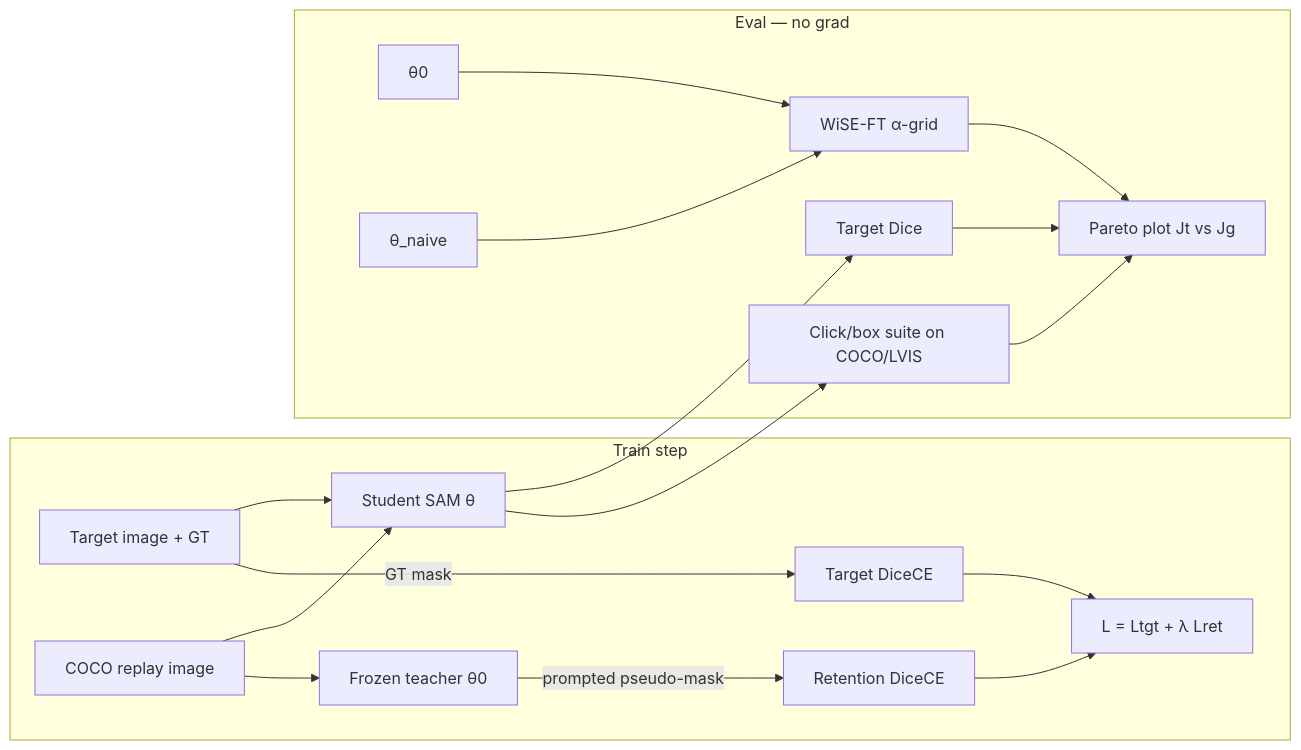
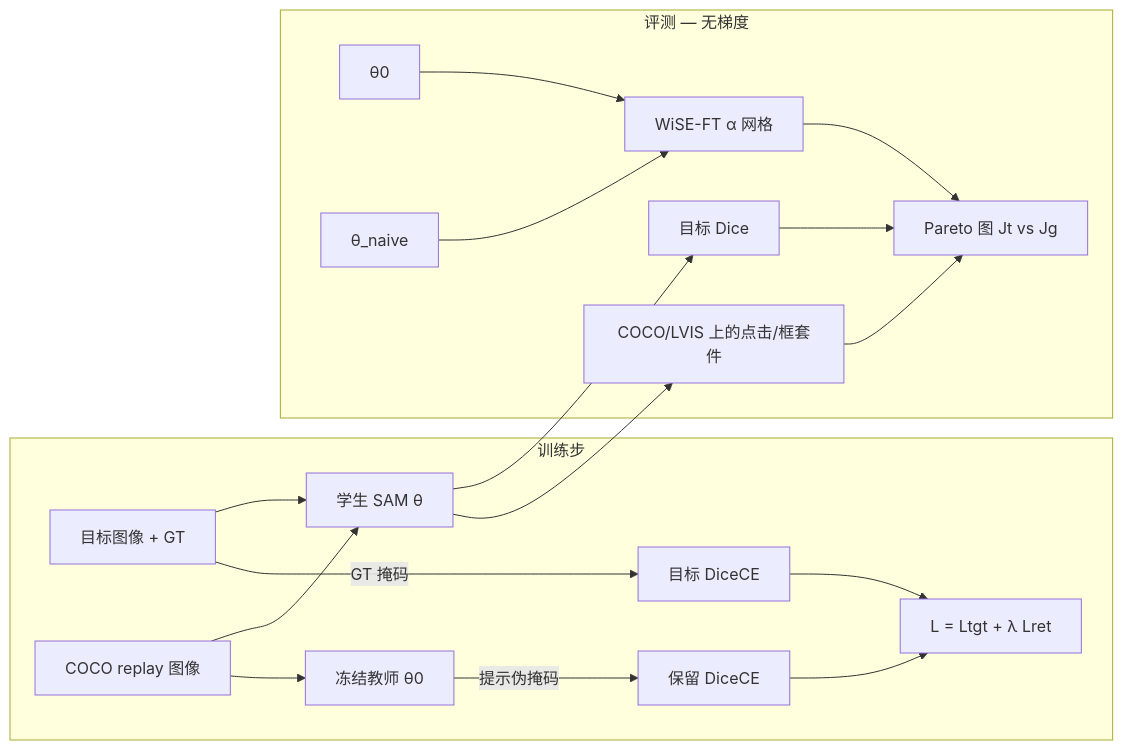
One commit to songkang688/idea changed the diagram in Windows1/Idea_01/diagrams/architecture.md. Above: the diagram before and after it, drawn with Mermaid. The commit also changed other lines of this file and 36 other files, not shown here.

````diff
--- a/Windows1/Idea_01/diagrams/architecture.md
+++ b/Windows1/Idea_01/diagrams/architecture.md
@@ -3,21 +3,21 @@
 ```mermaid
 flowchart LR
-  subgraph train [Train step]
-    Xt[Target image + GT] --> SAM_S[Student SAM θ]
-    Xr[COCO replay image] --> SAM_S
-    Xr --> SAM_T[Frozen teacher θ0]
-    SAM_T -->|prompted pseudo-mask| Lret[Retention DiceCE]
-    Xt -->|GT mask| Ltgt[Target DiceCE]
+  subgraph train [训练步]
+    Xt[目标图像 + GT] --> SAM_S[学生 SAM θ]
+    Xr[COCO replay 图像] --> SAM_S
+    Xr --> SAM_T[冻结教师 θ0]
+    SAM_T -->|提示伪掩码| Lret[保留 DiceCE]
+    Xt -->|GT 掩码| Ltgt[目标 DiceCE]
     Ltgt --> L[L = Ltgt + λ Lret]
     Lret --> L
   end
-  subgraph eval [Eval — no grad]
-    SAM_S --> Jt[Target Dice]
-    SAM_S --> Jg[Click/box suite on COCO/LVIS]
-    Theta0[θ0] --> Wise[WiSE-FT α-grid]
+  subgraph eval [评测 — 无梯度]
+    SAM_S --> Jt[目标 Dice]
+    SAM_S --> Jg[COCO/LVIS 上的点击/框套件]
+    Theta0[θ0] --> Wise[WiSE-FT α 网格]
     Naive[θ_naive] --> Wise
-    Wise --> Pareto[Pareto plot Jt vs Jg]
+    Wise --> Pareto[Pareto 图 Jt vs Jg]
     Jt --> Pareto
     Jg --> Pareto
   end
 ```
````
